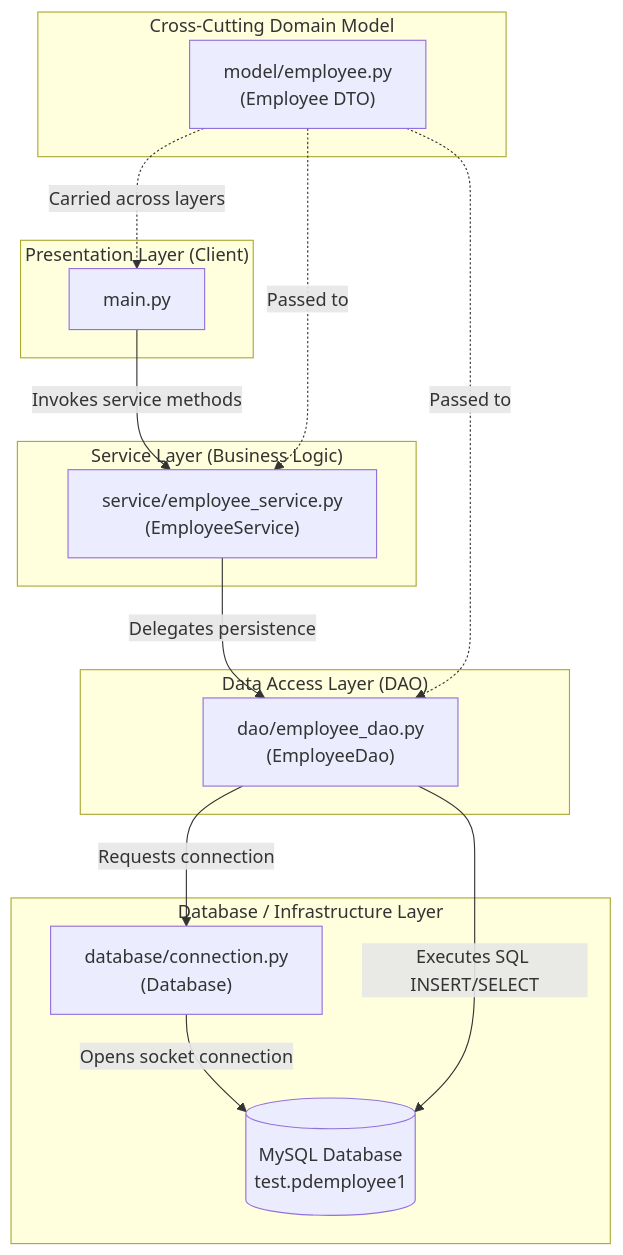
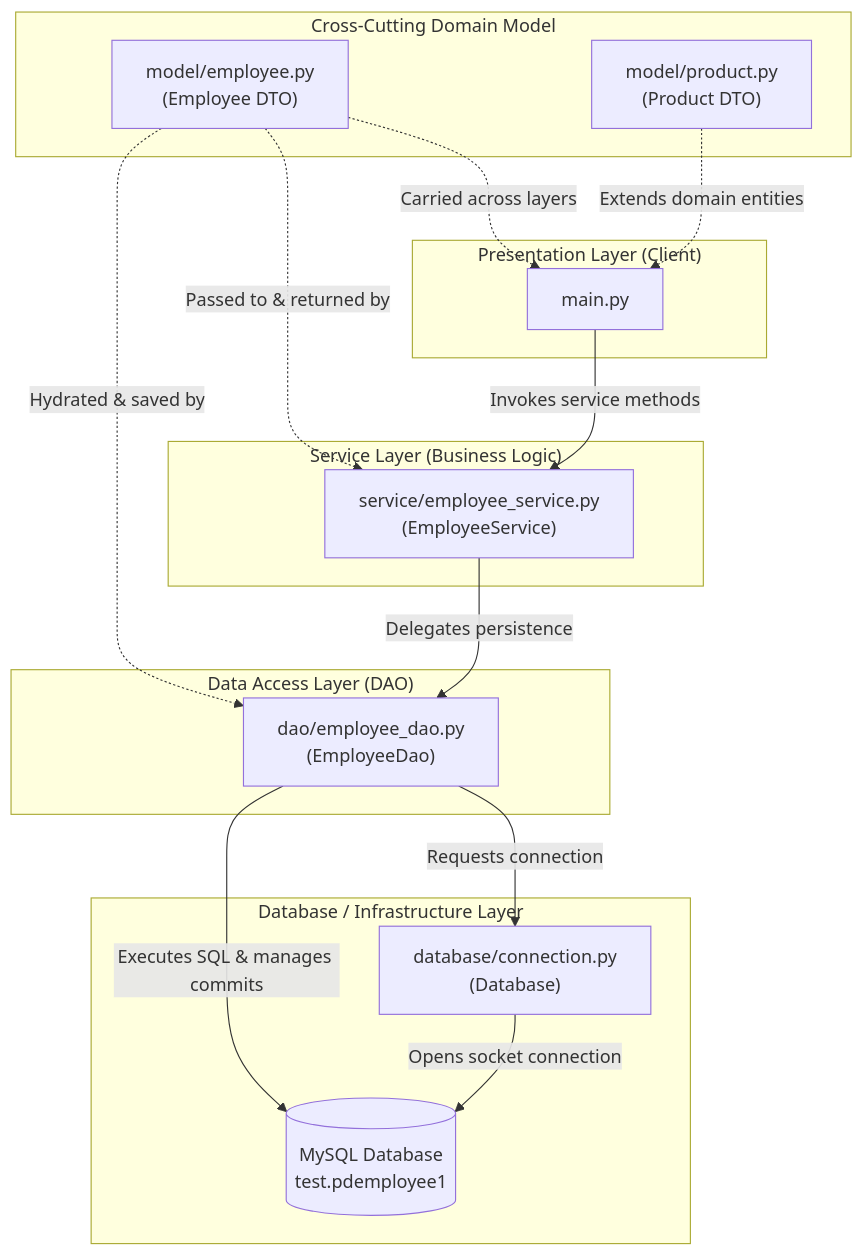
Before and after one commit to AnilYadav17/Layered_Architecture_PDBC: the first of 8 diagrams in Architecture.md, drawn with Mermaid. The commit also changed other lines of this file, not shown here.

Commit message:
update architecture documentation with full crud and pdbc theory

````diff
--- a/Architecture.md
+++ b/Architecture.md
@@ -43,33 +87,36 @@
 ```mermaid
 graph TD
     subgraph UI ["Presentation Layer (Client)"]
         A["main.py"]
     end
 
     subgraph BLL ["Service Layer (Business Logic)"]
         B["service/employee_service.py<br/>(EmployeeService)"]
     end
 
     subgraph DAL ["Data Access Layer (DAO)"]
         C["dao/employee_dao.py<br/>(EmployeeDao)"]
     end
 
     subgraph INFRA ["Database / Infrastructure Layer"]
         D["database/connection.py<br/>(Database)"]
         E[("MySQL Database<br/>test.pdemployee1")]
     end
 
     subgraph MODEL ["Cross-Cutting Domain Model"]
-        M["model/employee.py<br/>(Employee DTO)"]
+        M1["model/employee.py<br/>(Employee DTO)"]
+        M2["model/product.py<br/>(Product DTO)"]
     end
 
     A -->|Invokes service methods| B
     B -->|Delegates persistence| C
     C -->|Requests connection| D
     D -->|Opens socket connection| E
-    C -->|Executes SQL INSERT/SELECT| E
+    C -->|Executes SQL & manages commits| E
 
-    M -.->|Carried across layers| A
-    M -.->|Passed to| B
-    M -.->|Passed to| C
+    M1 -.->|Carried across layers| A
+    M1 -.->|Passed to & returned by| B
+    M1 -.->|Hydrated & saved by| C
+
+    M2 -.->|Extends domain entities| A
 ```
````
